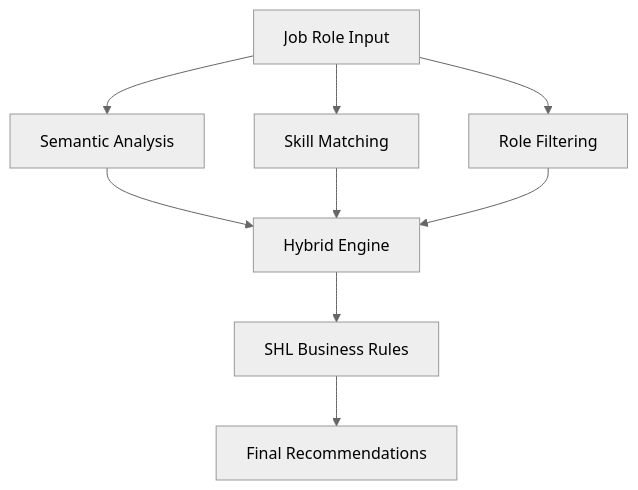
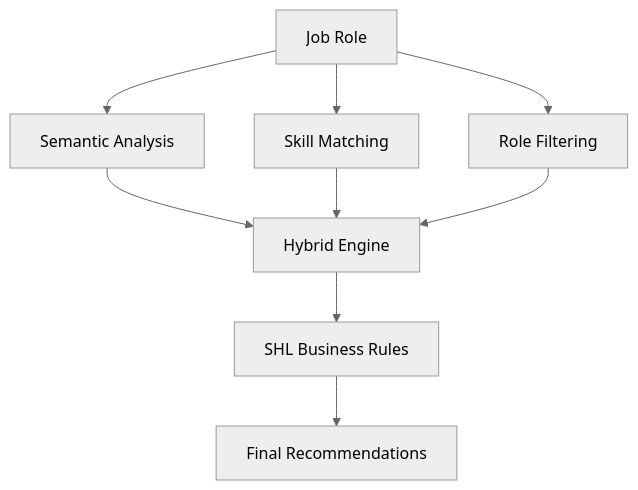
Before and after one commit to aditya2027krml/shl-recommendation-engine: the first of 2 diagrams in README.md, drawn with Mermaid (neutral theme). The commit also changed other lines of this file, not shown here.

````diff
--- a/README.md
+++ b/README.md
@@ -154,11 +31,11 @@
 ```mermaid
 graph TD
-    A[Job Role Input] --> B[Semantic Analysis]
+    A[Job Role] --> B[Semantic Analysis]
     A --> C[Skill Matching]
     A --> D[Role Filtering]
     B --> E[Hybrid Engine]
     C --> E
     D --> E
     E --> F[SHL Business Rules]
     F --> G[Final Recommendations]
 ```
````
